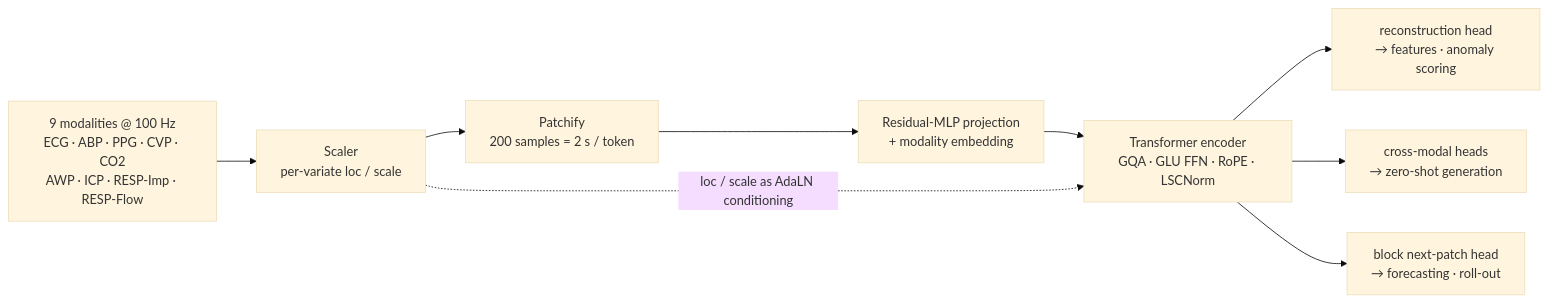
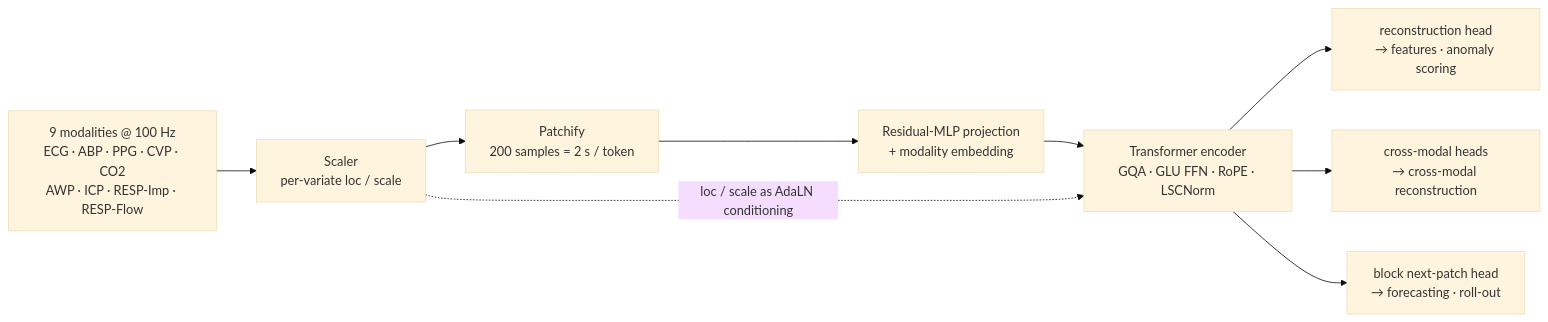
One commit to dlcjfgmlnasa/CARMEN changed the diagram in README.md. Above: the diagram before and after it, drawn with Mermaid (base theme). The commit also changed other lines of this file and 11 other files, not shown here.

First line of the commit message:
docs: drop the "zero-shot" claim; waveform icons for the modality table

````diff
--- a/README.md
+++ b/README.md
@@ -20,12 +20,12 @@
 ```mermaid
 flowchart LR
   IN["9 modalities @ 100 Hz<br/>ECG · ABP · PPG · CVP · CO2<br/>AWP · ICP · RESP-Imp · RESP-Flow"]
   IN --> SC["Scaler<br/>per-variate loc / scale"]
   SC --> PT["Patchify<br/>200 samples = 2 s / token"]
   PT --> PE["Residual-MLP projection<br/>+ modality embedding"]
   PE --> TR["Transformer encoder<br/>GQA · GLU FFN · RoPE · LSCNorm"]
   SC -.->|"loc / scale as AdaLN conditioning"| TR
   TR --> O1["reconstruction head<br/>→ features · anomaly scoring"]
-  TR --> O2["cross-modal heads<br/>→ zero-shot generation"]
+  TR --> O2["cross-modal heads<br/>→ cross-modal reconstruction"]
   TR --> O3["block next-patch head<br/>→ forecasting · roll-out"]
 ```
````
